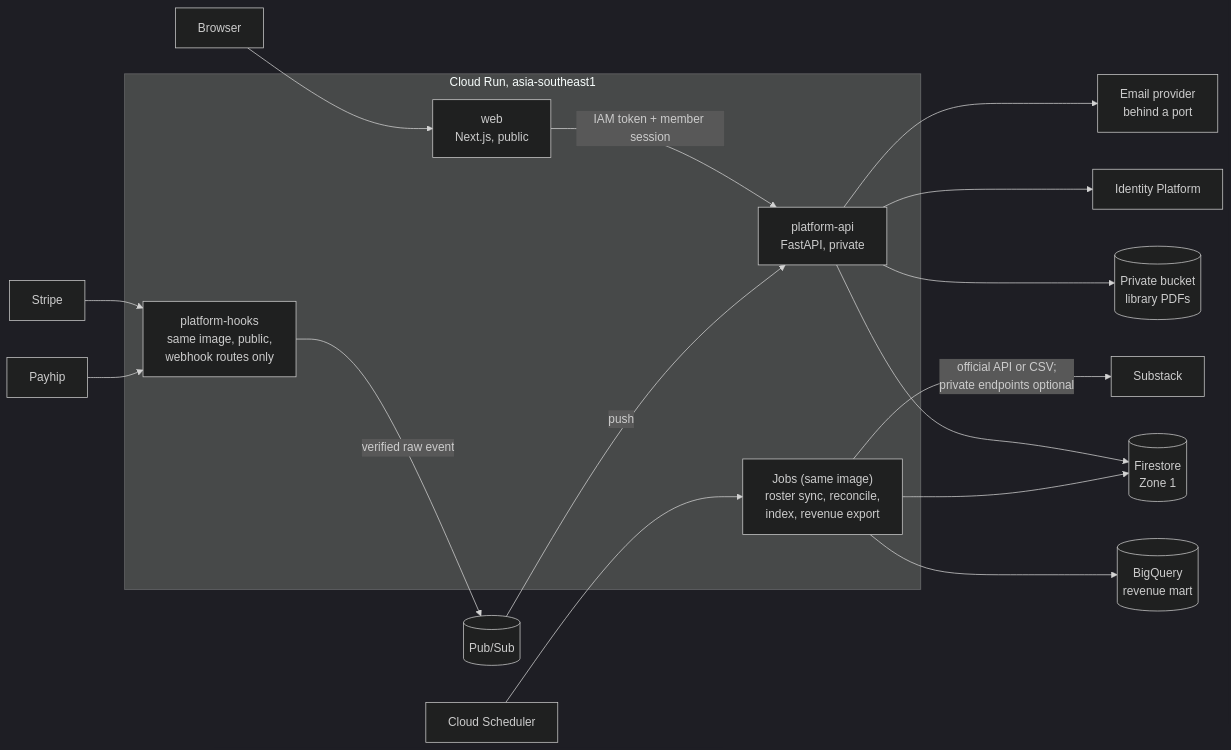
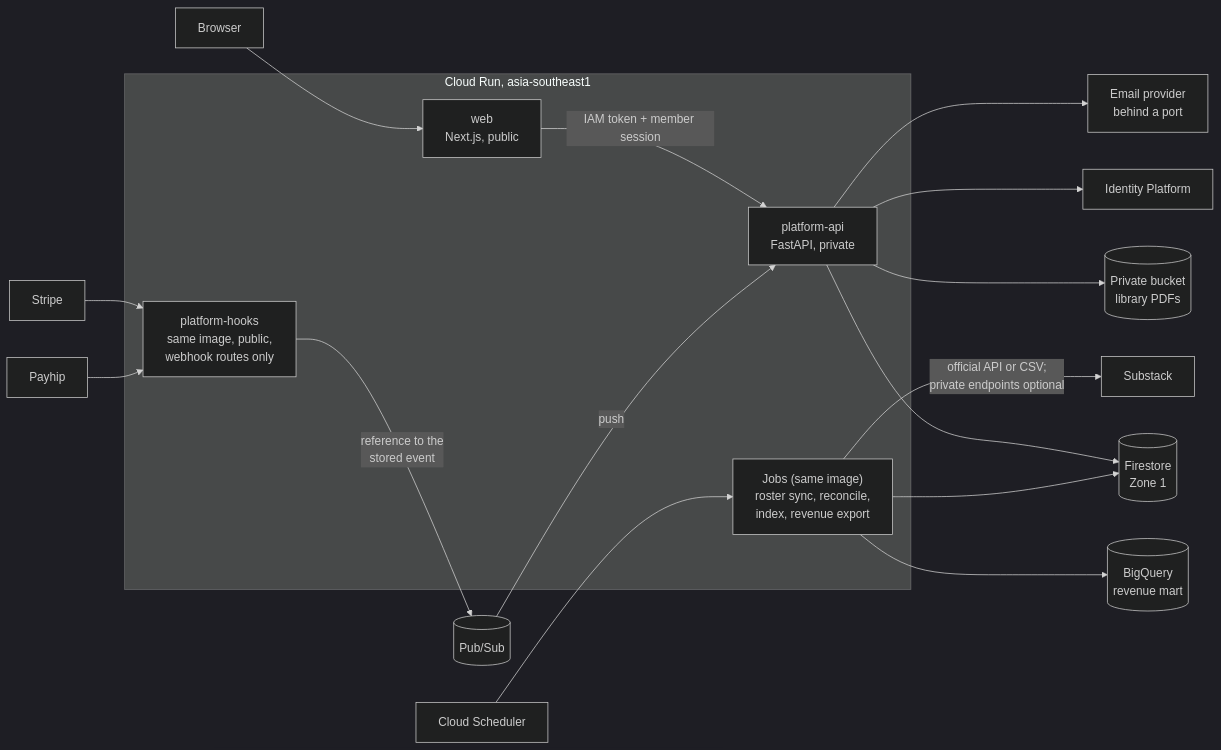
Before and after one commit to elenaokhonko-eng/audhd-research-platform: the third of 3 diagrams in docs/architecture/01-system-overview.md, drawn with Mermaid (dark theme). The commit also changed other lines of this file and 21 other files, not shown here.

First line of the commit message:
Architecture v4: fixes from two independent reviews

````diff
--- a/docs/architecture/01-system-overview.md
+++ b/docs/architecture/01-system-overview.md
@@ -124,23 +124,23 @@
 ```mermaid
 flowchart LR
   B[Browser] --> WEB
   subgraph run["Cloud Run, asia-southeast1"]
     WEB["web<br/>Next.js, public"]
     API["platform-api<br/>FastAPI, private"]
     HOOK["platform-hooks<br/>same image, public,<br/>webhook routes only"]
     JOBS["Jobs (same image)<br/>roster sync, reconcile,<br/>index, revenue export"]
   end
   WEB -->|IAM token + member session| API
   STR[Stripe] --> HOOK
   PAY[Payhip] --> HOOK
-  HOOK -->|verified raw event| PS[(Pub/Sub)]
+  HOOK -->|reference to the<br/>stored event| PS[(Pub/Sub)]
   PS -->|push| API
   SCH[Cloud Scheduler] --> JOBS
   API --> FS[(Firestore<br/>Zone 1)]
   JOBS --> FS
   API --> GCS[(Private bucket<br/>library PDFs)]
   JOBS --> BQ[(BigQuery<br/>revenue mart)]
   JOBS -->|official API or CSV;<br/>private endpoints optional| SUB[Substack]
   API --> IDP[Identity Platform]
   API --> MAIL[Email provider<br/>behind a port]
 ```
````
